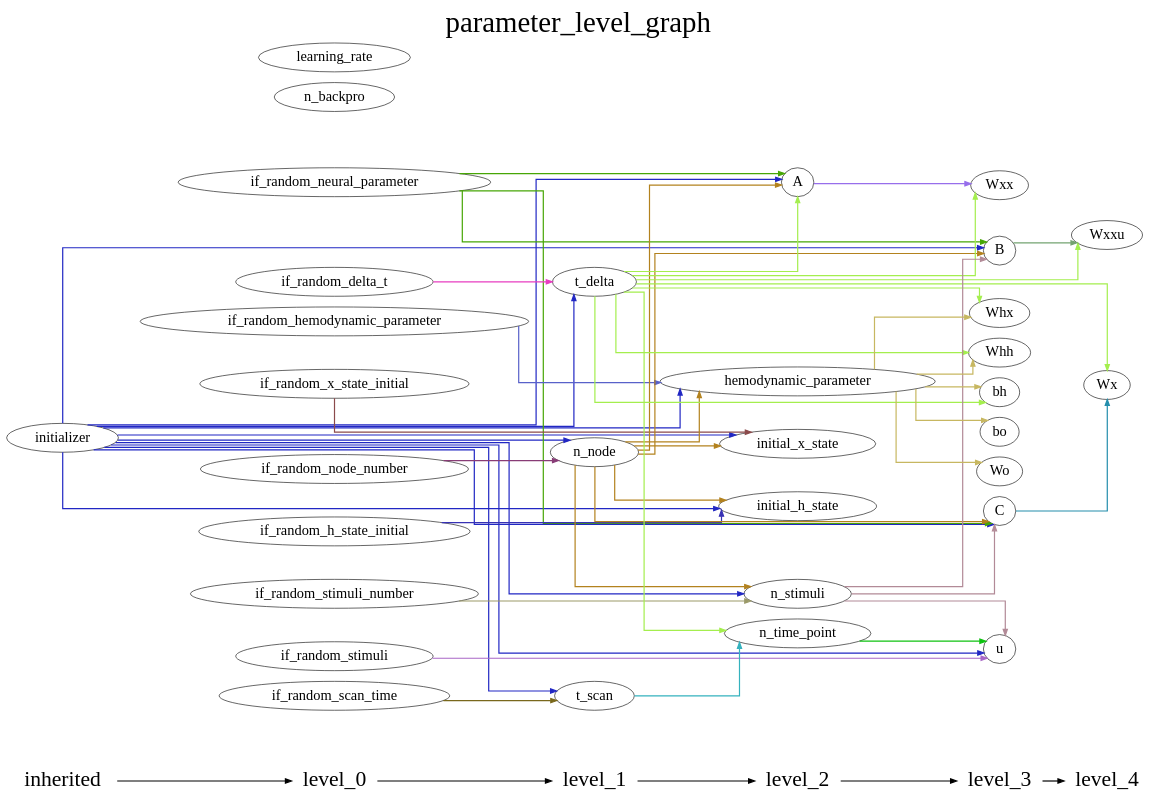
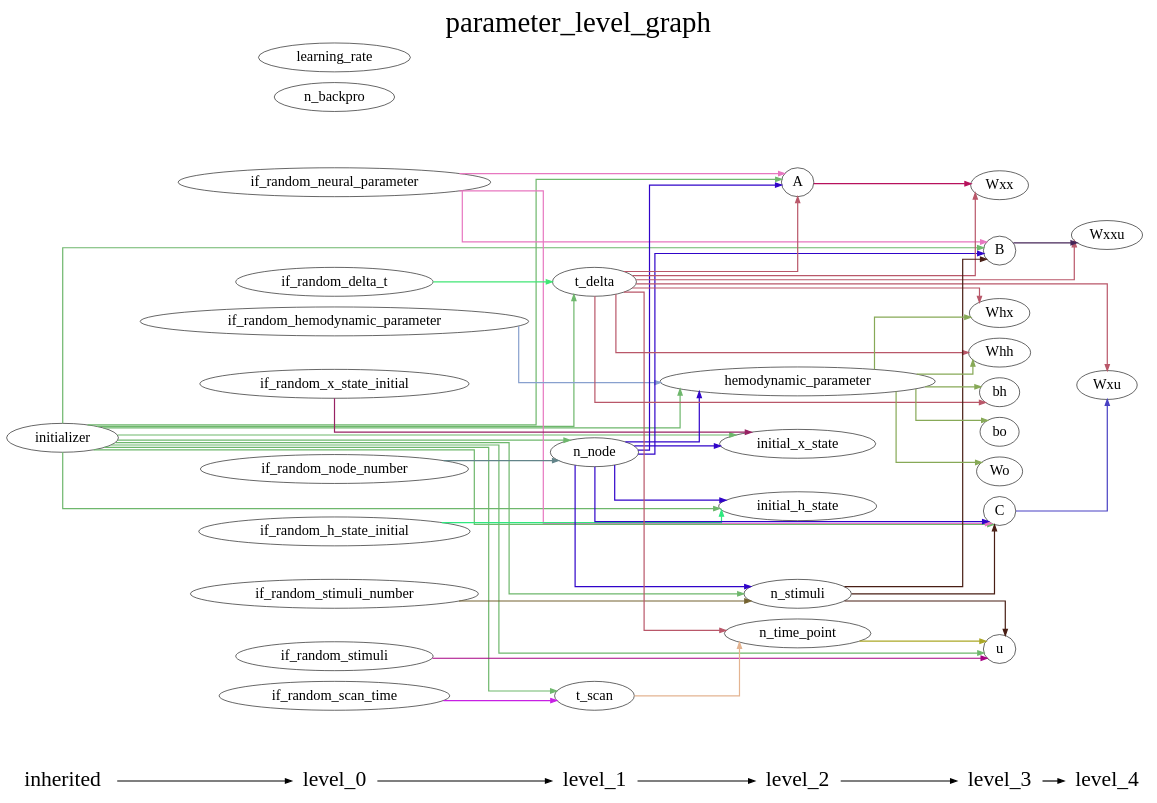
The diagram in DCM_RNN/documents/parameter_level_graph.gv (YuanWangOnward/DCM_RNN), drawn with Graphviz before and after one commit. The commit also changed 4 other files, not shown here.

```diff
--- a/DCM_RNN/documents/parameter_level_graph.gv
+++ b/DCM_RNN/documents/parameter_level_graph.gv
@@ -1,118 +1,118 @@
 digraph G {
           splines=ortho;
           fontsize = 48;
           rankdir = "LR";
           node[fontsize=24];
           edge[penwidth=2];
           {
           node [shape=plaintext fontsize=36];
           inherited -> 
           level_0 -> 
           level_1 -> 
           level_2 -> 
           level_3 -> 
           level_4
           }
           {rank = same;
           inherited;
           initializer;
           }
           {rank = same;
           level_0;
           if_random_neural_parameter;
           if_random_hemodynamic_parameter;
           if_random_x_state_initial;
           if_random_h_state_initial;
           if_random_stimuli;
           if_random_node_number;
           if_random_stimuli_number;
           if_random_delta_t;
           if_random_scan_time;
           n_backpro;
           learning_rate;
           }
           {rank = same;
           level_1;
           n_node;
           t_delta;
           t_scan;
           }
           {rank = same;
           level_2;
           n_time_point;
           n_stimuli;
           A;
           hemodynamic_parameter;
           initial_x_state;
           initial_h_state;
           }
           {rank = same;
           level_3;
           u;
           B;
           C;
           Wxx;
           Whx;
           Whh;
           bh;
           Wo;
           bo;
           }
           {rank = same;
           level_4;
           Wxxu;
-          Wx;
+          Wxu;
           }
-          if_random_h_state_initial -> initial_h_state [color="#3731B4"];
-          t_delta -> Wx [color="#A4EE4E"];
-          t_delta -> Whh [color="#A4EE4E"];
-          t_delta -> bh [color="#A4EE4E"];
-          t_delta -> A [color="#A4EE4E"];
-          t_delta -> Wxx [color="#A4EE4E"];
-          t_delta -> Wxxu [color="#A4EE4E"];
-          t_delta -> n_time_point [color="#A4EE4E"];
-          t_delta -> Whx [color="#A4EE4E"];
-          A -> Wxx [color="#976EEB"];
-          t_scan -> n_time_point [color="#35B2BE"];
-          if_random_node_number -> n_node [color="#883C76"];
-          n_node -> initial_h_state [color="#B3821E"];
-          n_node -> A [color="#B3821E"];
-          n_node -> n_stimuli [color="#B3821E"];
-          n_node -> C [color="#B3821E"];
-          n_node -> B [color="#B3821E"];
-          n_node -> hemodynamic_parameter [color="#B3821E"];
-          n_node -> initial_x_state [color="#B3821E"];
-          hemodynamic_parameter -> Whh [color="#C7B761"];
-          hemodynamic_parameter -> bh [color="#C7B761"];
-          hemodynamic_parameter -> bo [color="#C7B761"];
-          hemodynamic_parameter -> Wo [color="#C7B761"];
-          hemodynamic_parameter -> Whx [color="#C7B761"];
-          B -> Wxxu [color="#73A370"];
-          if_random_x_state_initial -> initial_x_state [color="#8B4A4B"];
-          n_stimuli -> u [color="#B28A97"];
-          n_stimuli -> C [color="#B28A97"];
-          n_stimuli -> B [color="#B28A97"];
-          if_random_stimuli -> u [color="#A866C6"];
-          if_random_scan_time -> t_scan [color="#79681C"];
-          if_random_delta_t -> t_delta [color="#E73CC0"];
-          n_time_point -> u [color="#0EC210"];
-          initializer -> initial_h_state [color="#2127C3"];
-          initializer -> t_delta [color="#2127C3"];
-          initializer -> A [color="#2127C3"];
-          initializer -> u [color="#2127C3"];
-          initializer -> n_stimuli [color="#2127C3"];
-          initializer -> C [color="#2127C3"];
-          initializer -> B [color="#2127C3"];
-          initializer -> n_node [color="#2127C3"];
-          initializer -> hemodynamic_parameter [color="#2127C3"];
-          initializer -> t_scan [color="#2127C3"];
-          initializer -> initial_x_state [color="#2127C3"];
-          C -> Wx [color="#248EAC"];
-          if_random_stimuli_number -> n_stimuli [color="#9B9A69"];
-          if_random_neural_parameter -> A [color="#47A606"];
-          if_random_neural_parameter -> C [color="#47A606"];
-          if_random_neural_parameter -> B [color="#47A606"];
-          if_random_hemodynamic_parameter -> hemodynamic_parameter [color="#5861C9"];
+          initializer -> n_node [color="#6EB76C"];
+          initializer -> A [color="#6EB76C"];
+          initializer -> initial_x_state [color="#6EB76C"];
+          initializer -> B [color="#6EB76C"];
+          initializer -> n_stimuli [color="#6EB76C"];
+          initializer -> hemodynamic_parameter [color="#6EB76C"];
+          initializer -> C [color="#6EB76C"];
+          initializer -> t_scan [color="#6EB76C"];
+          initializer -> t_delta [color="#6EB76C"];
+          initializer -> initial_h_state [color="#6EB76C"];
+          initializer -> u [color="#6EB76C"];
+          if_random_h_state_initial -> initial_h_state [color="#2EE87E"];
+          if_random_node_number -> n_node [color="#628489"];
+          n_node -> A [color="#3004C9"];
+          n_node -> initial_x_state [color="#3004C9"];
+          n_node -> B [color="#3004C9"];
+          n_node -> n_stimuli [color="#3004C9"];
+          n_node -> hemodynamic_parameter [color="#3004C9"];
+          n_node -> C [color="#3004C9"];
+          n_node -> initial_h_state [color="#3004C9"];
+          t_scan -> n_time_point [color="#E4B491"];
+          A -> Wxx [color="#B7115C"];
+          t_delta -> Whh [color="#B95769"];
+          t_delta -> A [color="#B95769"];
+          t_delta -> Wxxu [color="#B95769"];
+          t_delta -> Whx [color="#B95769"];
+          t_delta -> bh [color="#B95769"];
+          t_delta -> n_time_point [color="#B95769"];
+          t_delta -> Wxx [color="#B95769"];
+          t_delta -> Wxu [color="#B95769"];
+          if_random_x_state_initial -> initial_x_state [color="#972263"];
+          if_random_delta_t -> t_delta [color="#41E675"];
+          if_random_scan_time -> t_scan [color="#C720E4"];
+          C -> Wxu [color="#4840C3"];
+          B -> Wxxu [color="#462658"];
+          if_random_neural_parameter -> A [color="#E777C0"];
+          if_random_neural_parameter -> B [color="#E777C0"];
+          if_random_neural_parameter -> C [color="#E777C0"];
+          if_random_hemodynamic_parameter -> hemodynamic_parameter [color="#88A0CE"];
+          if_random_stimuli_number -> n_stimuli [color="#746330"];
+          if_random_stimuli -> u [color="#A60283"];
+          n_stimuli -> B [color="#481E14"];
+          n_stimuli -> C [color="#481E14"];
+          n_stimuli -> u [color="#481E14"];
+          hemodynamic_parameter -> Whh [color="#87A957"];
+          hemodynamic_parameter -> Whx [color="#87A957"];
+          hemodynamic_parameter -> bh [color="#87A957"];
+          hemodynamic_parameter -> bo [color="#87A957"];
+          hemodynamic_parameter -> Wo [color="#87A957"];
+          n_time_point -> u [color="#ABA726"];
           labelloc = "t";
           label = "parameter_level_graph";
 }
```
